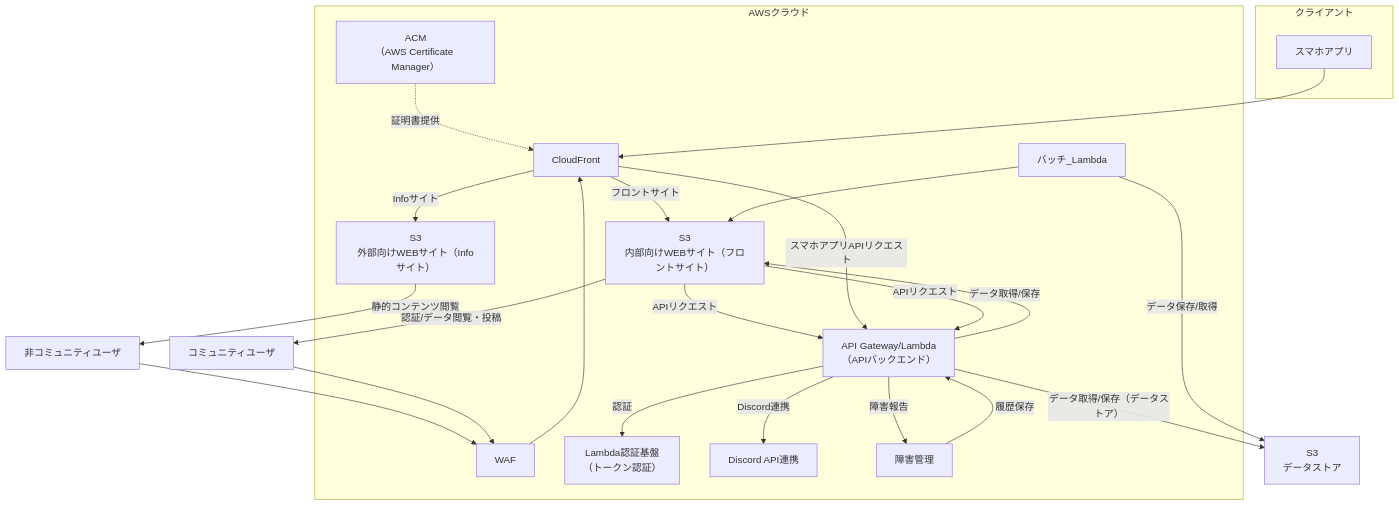
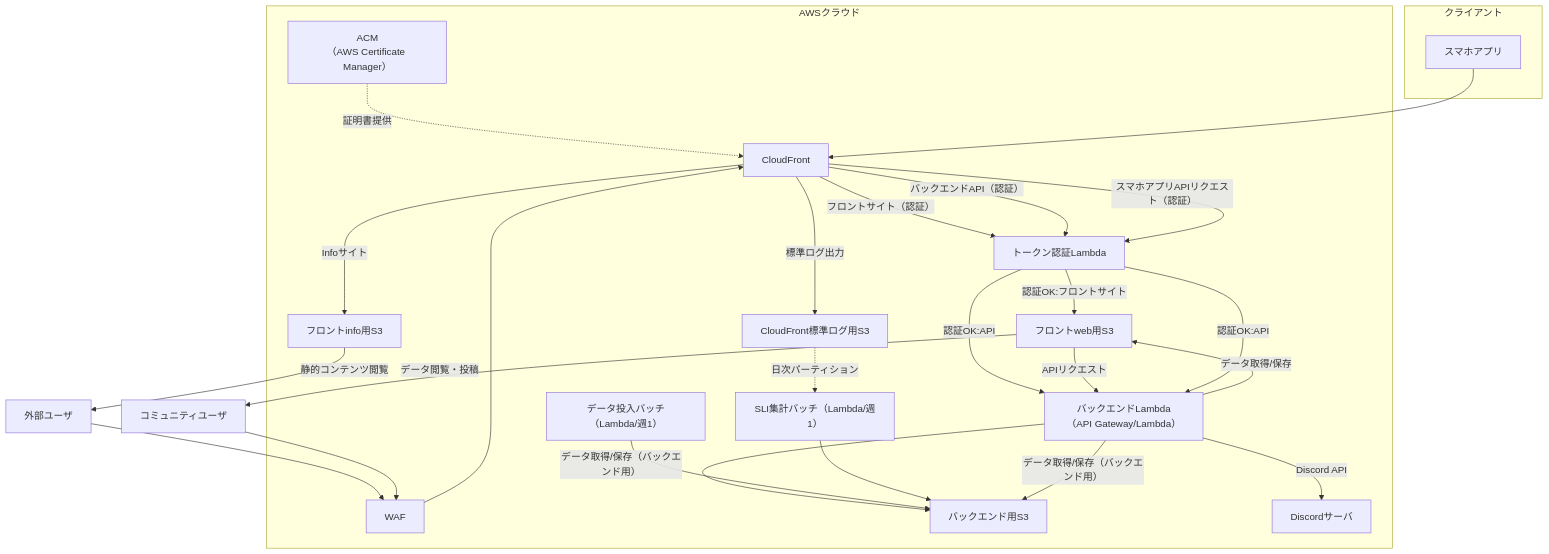
One commit to deidra-JP-windows/front-web-site-for-riften-terraform changed the diagram in documents/ネットワーク構成図.md. Above: the diagram before and after it, drawn with Mermaid. The commit also changed other lines of this file and 5 other files, not shown here.

````diff
--- a/documents/ネットワーク構成図.md
+++ b/documents/ネットワーク構成図.md
@@ -2,38 +2,43 @@
 ```mermaid
 flowchart TD
   subgraph AWSクラウド
     ACM[ACM\n（AWS Certificate Manager）]
     WAF[WAF]
     CF[CloudFront]
-    S3_INFO[S3\n外部向けWEBサイト（Infoサイト）]
-    S3_FRONT[S3\n内部向けWEBサイト（フロントサイト）]
-    API[API Gateway/Lambda\n（APIバックエンド）]
-    AUTH[Lambda認証基盤\n（トークン認証）]
-    BATCH[バッチ_Lambda]
-    DISCORD[Discord API連携]
-    ERROR[障害管理]
+  S3_Info[フロントinfo用S3]
+  S3_Front[フロントweb用S3]
+  S3_Backend[バックエンド用S3]
+  S3_CFLog[CloudFront標準ログ用S3]
+  API[バックエンドLambda（API Gateway/Lambda）]
+  AuthLambda[トークン認証Lambda]
+  DataBatch[データ投入バッチ（Lambda/週1）]
+  SLI_Batch[SLI集計バッチ（Lambda/週1）]
+  Discord[Discordサーバ]
   end
-  User[非コミュニティユーザ] --> WAF
-  User2[コミュニティユーザ] --> WAF
+  User[外部ユーザ] --> WAF
+  Member[コミュニティユーザ] --> WAF
   WAF --> CF
   ACM -. 証明書提供 .-> CF
-  CF -- Infoサイト --> S3_INFO
-  CF -- フロントサイト --> S3_FRONT
-  S3_INFO -- 静的コンテンツ閲覧 --> User
-  S3_FRONT -- 認証/データ閲覧・投稿 --> User2
-  S3_FRONT -- APIリクエスト --> API
-  API -- 認証 --> AUTH
-  API -- データ取得/保存 --> S3_FRONT
-  API -- データ取得/保存（データストア） --> S3_DATA[S3\nデータストア]
-  API -- 障害報告 --> ERROR
-  API -- Discord連携 --> DISCORD
-  BATCH --> S3_FRONT
-  BATCH -- データ保存/取得 --> S3_DATA
-  ERROR -- 履歴保存 --> API
+  CF -- Infoサイト --> S3_Info
+  CF -- フロントサイト（認証） --> AuthLambda
+  CF -- バックエンドAPI（認証） --> AuthLambda
+  CF -- 標準ログ出力 --> S3_CFLog
+  AuthLambda -- 認証OK:フロントサイト --> S3_Front
+  AuthLambda -- 認証OK:API --> API
+  S3_Info -- 静的コンテンツ閲覧 --> User
+  S3_Front -- データ閲覧・投稿 --> Member
+  S3_Front -- APIリクエスト --> API
+  API -- データ取得/保存 --> S3_Front
+  API -- データ取得/保存（バックエンド用） --> S3_Backend
+  API -- Discord API --> Discord
+  DataBatch --> S3_Backend
+  SLI_Batch --> S3_Backend
+  S3_CFLog -. 日次パーティション .-> SLI_Batch
   subgraph クライアント
-    APP[スマホアプリ]
+    App[スマホアプリ]
   end
-  APP --> CF
-  CF -- スマホアプリAPIリクエスト --> API
-  S3_FRONT -- APIリクエスト --> API
+  App --> CF
+  CF -- スマホアプリAPIリクエスト（認証） --> AuthLambda
+  AuthLambda -- 認証OK:API --> API
+  API -- データ取得/保存（バックエンド用） --> S3_Backend
 ```
````
